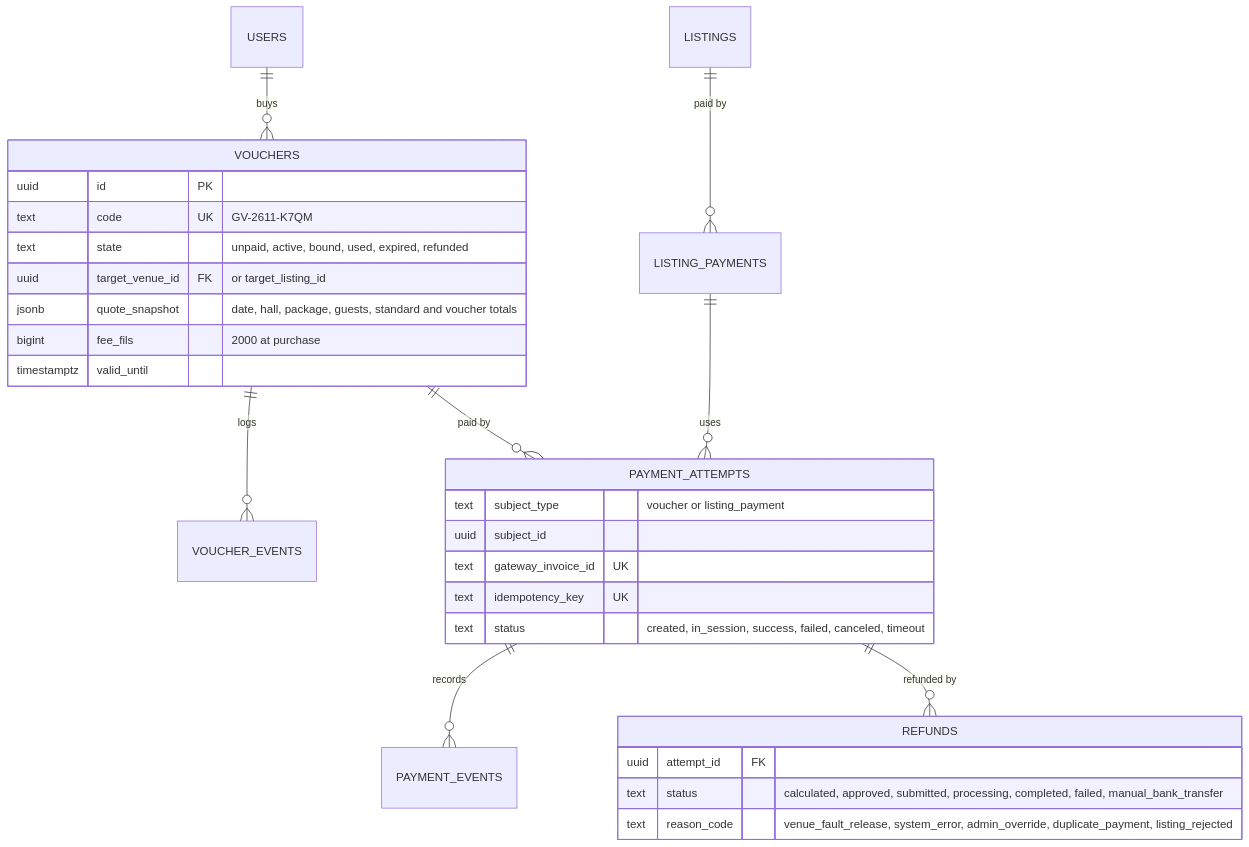
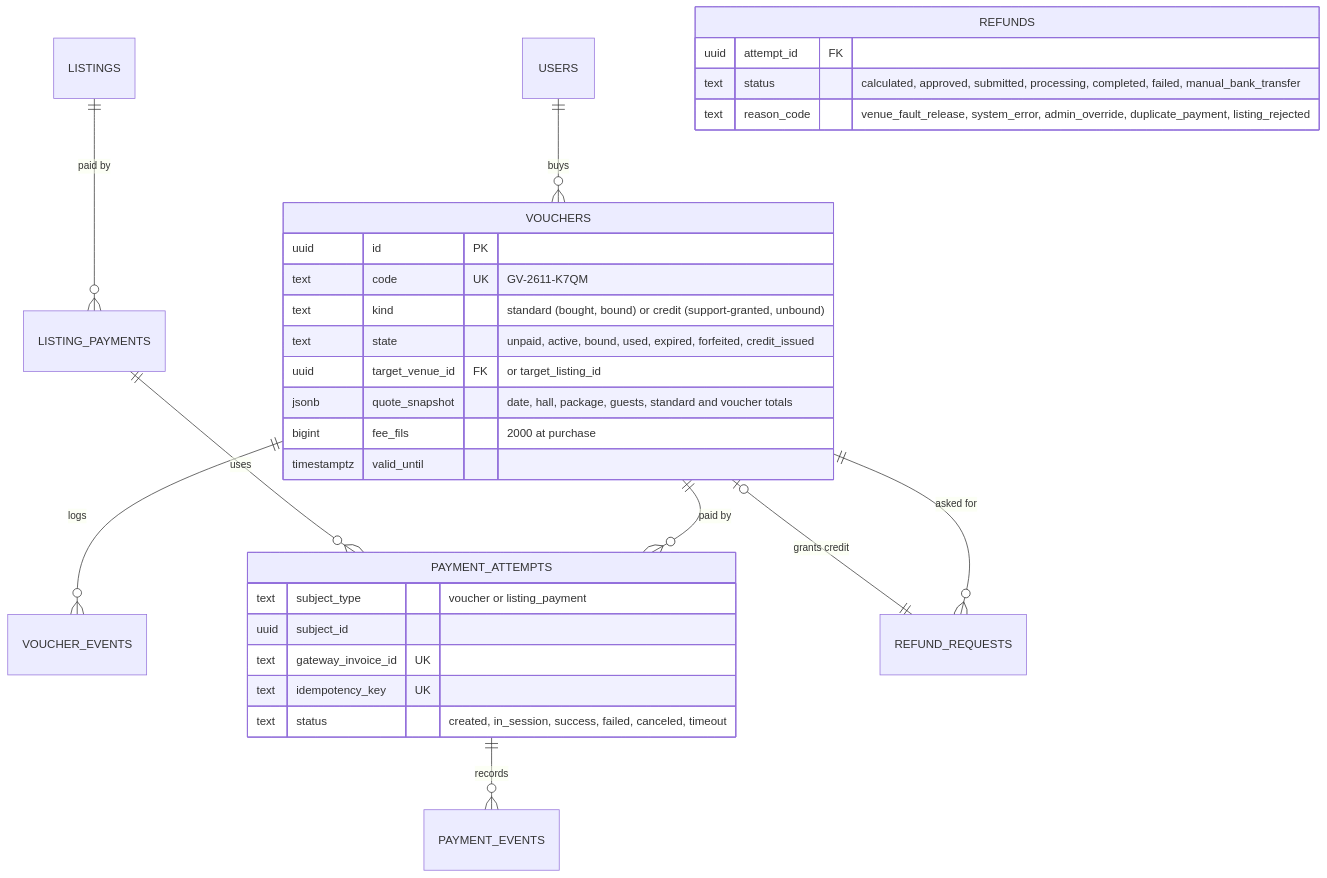
Before and after one commit to Xemum0/ghazal: the fourth of 6 diagrams in docs/architecture/data-model.md, drawn with Mermaid. The commit also changed other lines of this file and 167 other files, not shown here.

````diff
--- a/docs/architecture/data-model.md
+++ b/docs/architecture/data-model.md
@@ -186,31 +186,33 @@
 ```mermaid
 erDiagram
   USERS ||--o{ VOUCHERS : "buys"
   VOUCHERS ||--o{ VOUCHER_EVENTS : "logs"
   VOUCHERS ||--o{ PAYMENT_ATTEMPTS : "paid by"
   PAYMENT_ATTEMPTS ||--o{ PAYMENT_EVENTS : "records"
-  PAYMENT_ATTEMPTS ||--o{ REFUNDS : "refunded by"
+  VOUCHERS ||--o{ REFUND_REQUESTS : "asked for"
+  REFUND_REQUESTS ||--o| VOUCHERS : "grants credit"
   LISTINGS ||--o{ LISTING_PAYMENTS : "paid by"
   LISTING_PAYMENTS ||--o{ PAYMENT_ATTEMPTS : "uses"
   VOUCHERS {
     uuid id PK
     text code UK "GV-2611-K7QM"
-    text state "unpaid, active, bound, used, expired, refunded"
+    text kind "standard (bought, bound) or credit (support-granted, unbound)"
+    text state "unpaid, active, bound, used, expired, forfeited, credit_issued"
     uuid target_venue_id FK "or target_listing_id"
     jsonb quote_snapshot "date, hall, package, guests, standard and voucher totals"
     bigint fee_fils "2000 at purchase"
     timestamptz valid_until
   }
   PAYMENT_ATTEMPTS {
     text subject_type "voucher or listing_payment"
     uuid subject_id
     text gateway_invoice_id UK
     text idempotency_key UK
     text status "created, in_session, success, failed, canceled, timeout"
   }
   REFUNDS {
     uuid attempt_id FK
     text status "calculated, approved, submitted, processing, completed, failed, manual_bank_transfer"
     text reason_code "venue_fault_release, system_error, admin_override, duplicate_payment, listing_rejected"
   }
 ```
````
